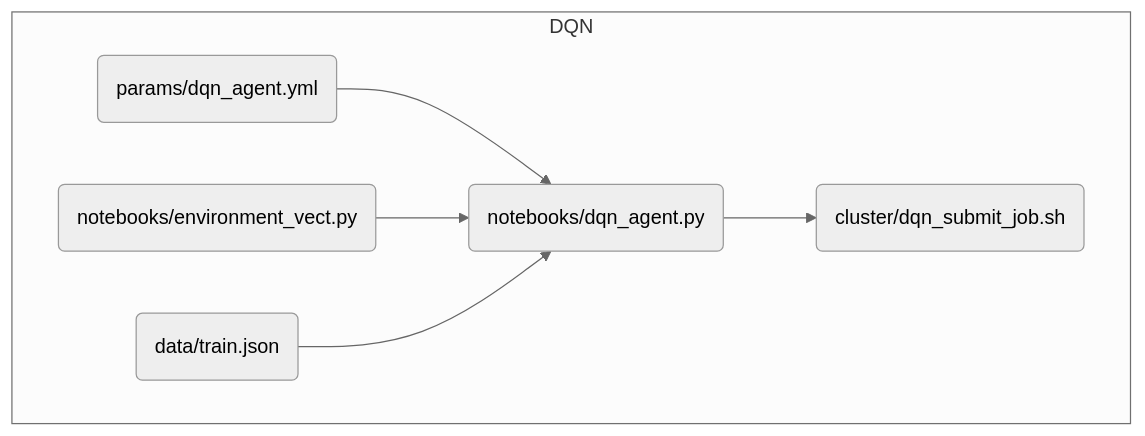
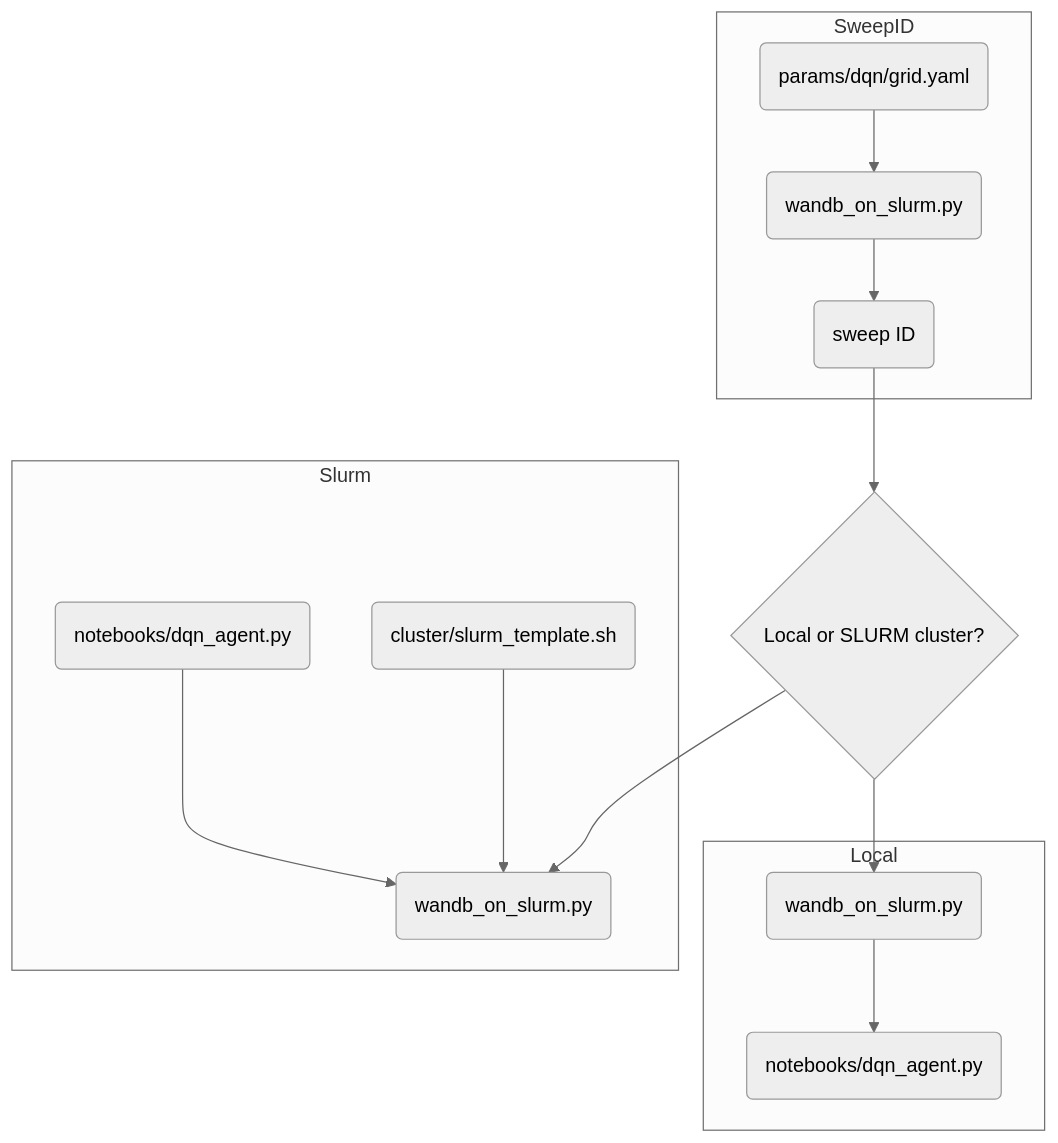
One commit to LBrinkmann/reward-network-iii-algorithm changed the third of 3 diagrams in README.md. Above: the diagram before and after it, drawn with Mermaid (neutral theme). The commit also changed other lines of this file, not shown here.

````diff
--- a/README.md
+++ b/README.md
@@ -61,12 +85,21 @@
 ```mermaid
 
 flowchart TD
 
-subgraph DQN
-A(params/dqn_agent.yml) --> B(notebooks/dqn_agent.py)
-D(notebooks/environment_vect.py) --> B(notebooks/dqn_agent.py)
-C(data/train.json) --> B(notebooks/dqn_agent.py) 
+subgraph SweepID
+A(params/dqn/grid.yaml) --> B(wandb_on_slurm.py)
+B(wandb_on_slurm.py) --> C(sweep ID)
+end
 
-B(notebooks/dqn_agent.py) --> F(cluster/dqn_submit_job.sh)
+C(sweep ID) --> D{Local or SLURM cluster?}
+D{Local or SLURM cluster?} --> E(wandb_on_slurm.py) & G(wandb_on_slurm.py)
+
+subgraph Local
+E(wandb_on_slurm.py) --> F(notebooks/dqn_agent.py)
+end
+
+subgraph Slurm
+H(notebooks/dqn_agent.py) --> G(wandb_on_slurm.py)
+I(cluster/slurm_template.sh) --> G(wandb_on_slurm.py)
 end
 ```
````
